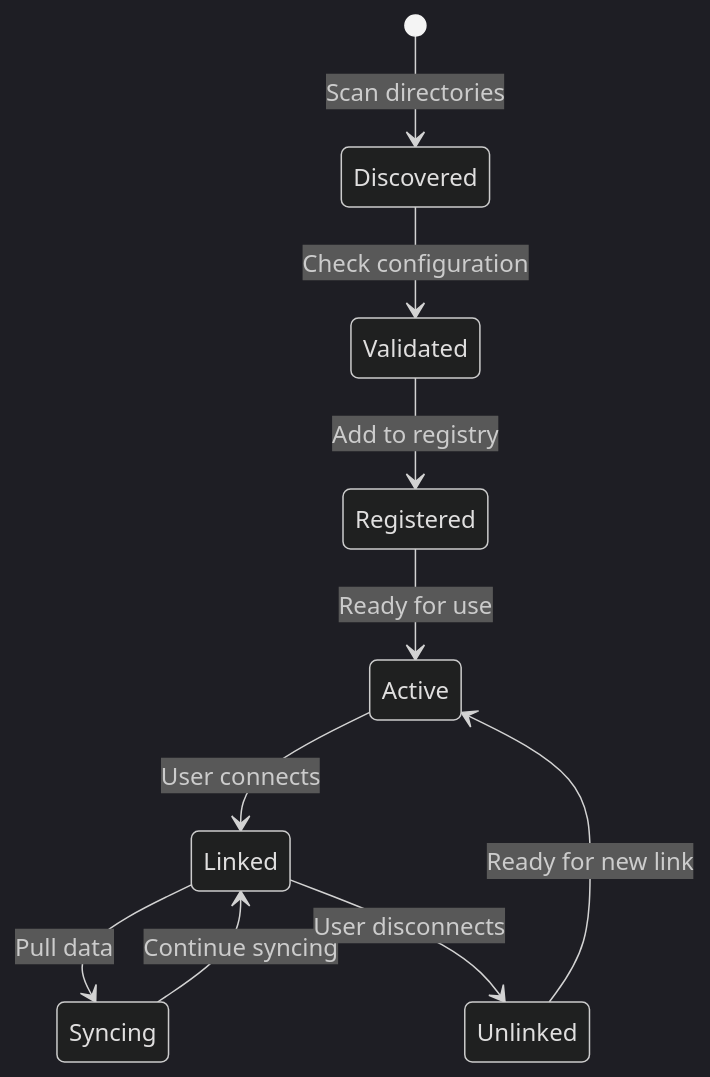
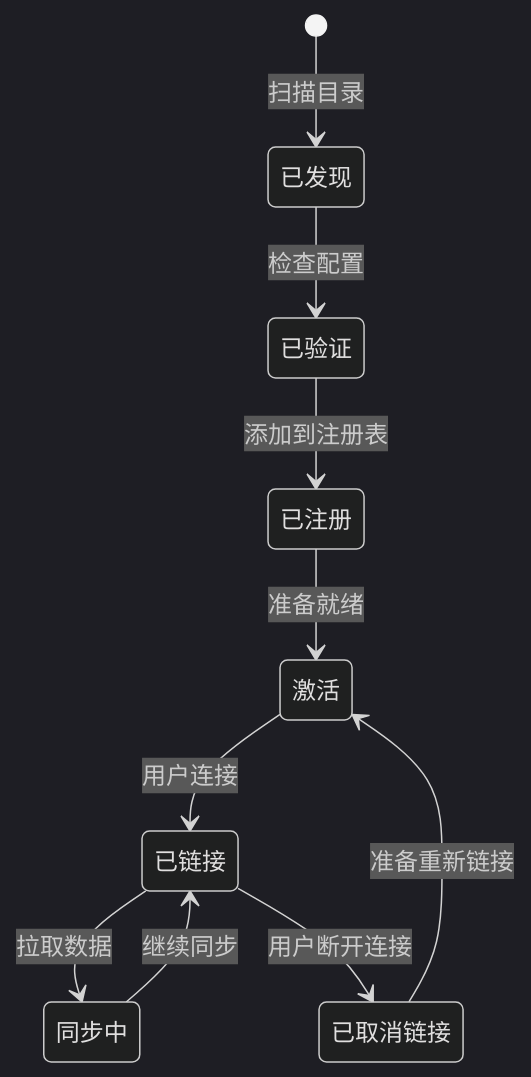
Before and after one commit to thetahealth/mirobody-health-docs: the diagram in zh/concepts/providers.mdx, drawn with Mermaid (dark theme). The commit also changed other lines of this file and 31 other files, not shown here.

````diff
--- a/zh/concepts/providers.mdx
+++ b/zh/concepts/providers.mdx
@@ -33,12 +33,12 @@
 ```mermaid
 stateDiagram-v2
-    [*] --> Discovered: Scan directories
-    Discovered --> Validated: Check configuration
-    Validated --> Registered: Add to registry
-    Registered --> Active: Ready for use
-    Active --> Linked: User connects
-    Linked --> Syncing: Pull data
-    Syncing --> Linked: Continue syncing
-    Linked --> Unlinked: User disconnects
-    Unlinked --> Active: Ready for new link
+    [*] --> 已发现: 扫描目录
+    已发现 --> 已验证: 检查配置
+    已验证 --> 已注册: 添加到注册表
+    已注册 --> 激活: 准备就绪
+    激活 --> 已链接: 用户连接
+    已链接 --> 同步中: 拉取数据
+    同步中 --> 已链接: 继续同步
+    已链接 --> 已取消链接: 用户断开连接
+    已取消链接 --> 激活: 准备重新链接
 ```
````
